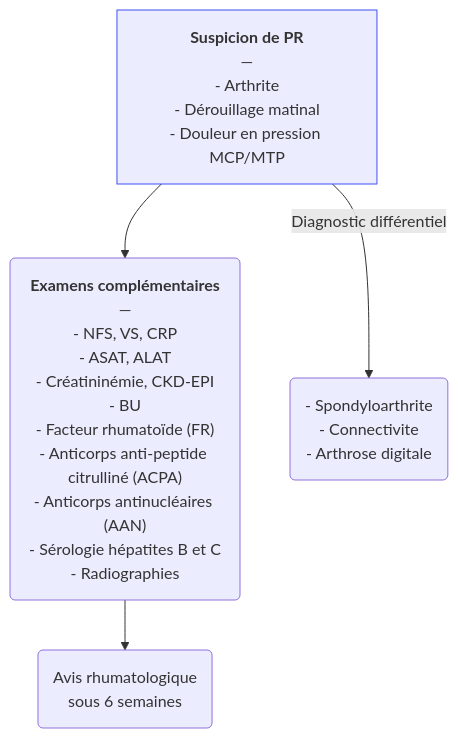
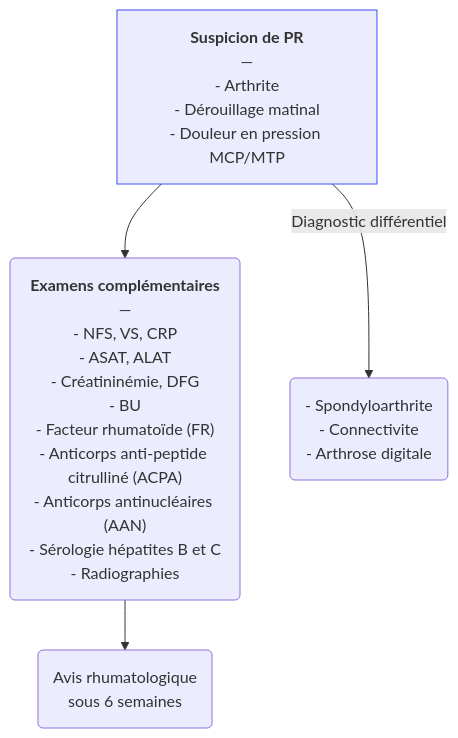
The diagram in content/recommandations/polyarthrite-rhumatoide.md (djibe/recommandations-medicales), drawn with Mermaid before and after one commit. The commit also changed other lines of this file and 35 other files, not shown here.

```diff
--- a/content/recommandations/polyarthrite-rhumatoide.md
+++ b/content/recommandations/polyarthrite-rhumatoide.md
@@ -300,8 +301,8 @@
 {{< mermaid title="Conduite à tenir pour le diagnostic de la polyarthrite rhumatoïde. Dr JB Fron d'après SFRhumato 2018" >}}
 graph TB
   suspicion["<b>Suspicion de PR</b><br>—<br>- Arthrite<br>- Dérouillage matinal<br>- Douleur en pression MCP/MTP"]
   style suspicion stroke:#4150f5, stroke-width:1px
-    suspicion --> bilan("<b>Examens complémentaires</b><br>—<br>- NFS, VS, CRP<br>- ASAT, ALAT<br>- Créatininémie, CKD-EPI<br>- BU<br>- Facteur rhumatoïde (FR)<br>- Anticorps anti-peptide citrulliné (ACPA)<br>- Anticorps antinucléaires (AAN)<br>- Sérologie hépatites B et C<br>- Radiographies")
+    suspicion --> bilan("<b>Examens complémentaires</b><br>—<br>- NFS, VS, CRP<br>- ASAT, ALAT<br>- Créatininémie, DFG<br>- BU<br>- Facteur rhumatoïde (FR)<br>- Anticorps anti-peptide citrulliné (ACPA)<br>- Anticorps antinucléaires (AAN)<br>- Sérologie hépatites B et C<br>- Radiographies")
       bilan --> rhumato("Avis rhumatologique<br>sous 6 semaines")
     suspicion -- Diagnostic différentiel --> differentiel("- Spondyloarthrite<br>- Connectivite<br>- Arthrose digitale")
 {{< /mermaid >}}
```
